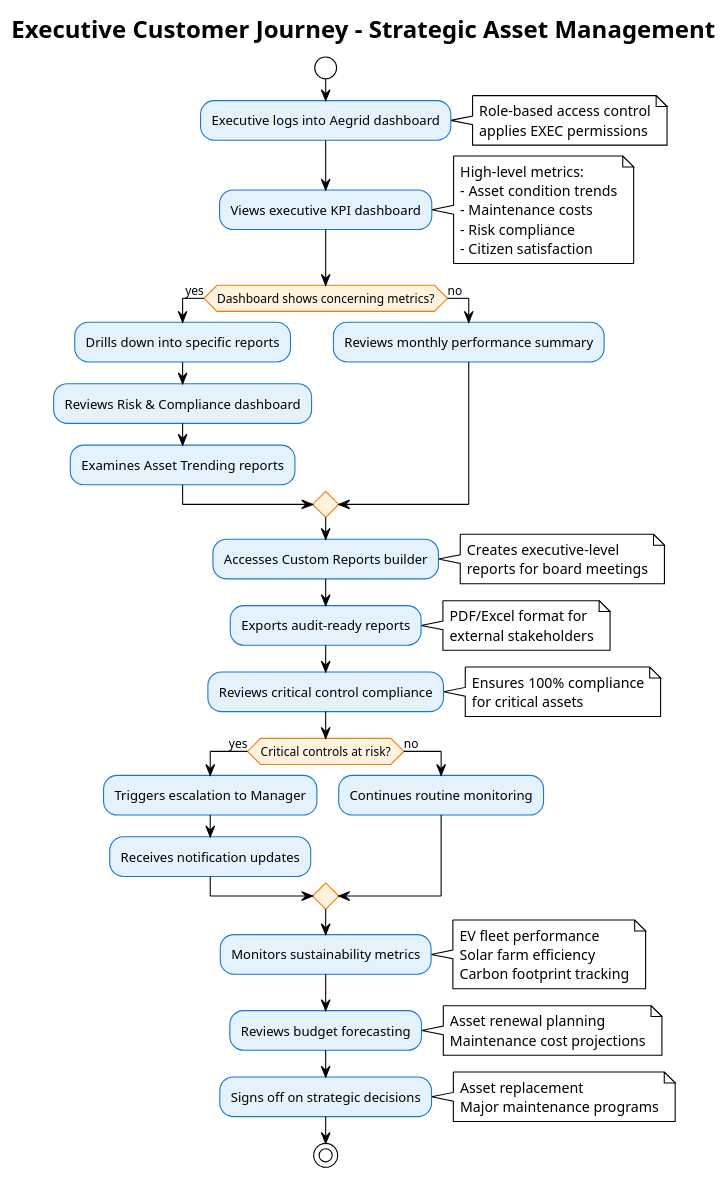
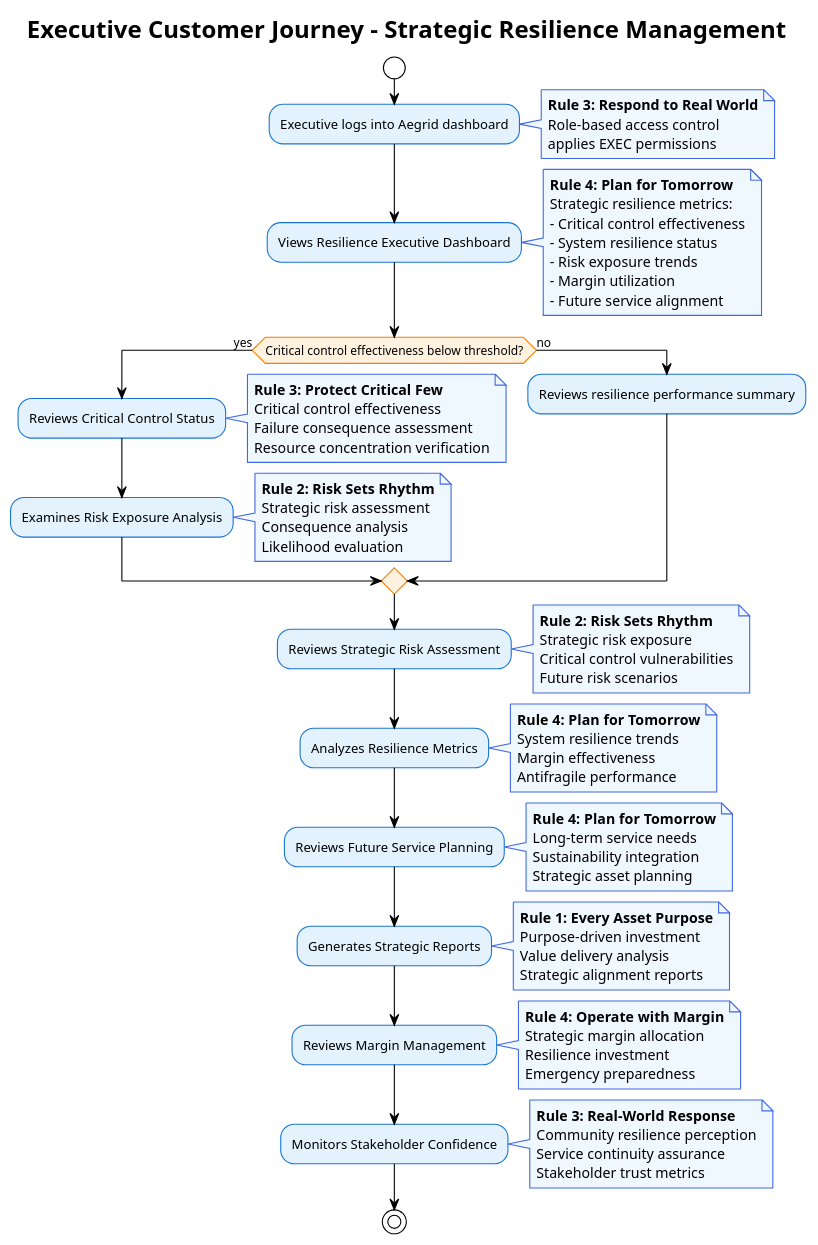
The diagram in docs/architecture/customer-journeys/executive-journey.puml (Duds/CouncilWorks), drawn with PlantUML before and after one commit. The commit also changed 37 other files, not shown here.

First line of the commit message:
feat: enhance customer journeys and fix PlantUML syntax

```diff
--- a/docs/architecture/customer-journeys/executive-journey.puml
+++ b/docs/architecture/customer-journeys/executive-journey.puml
@@ -1,60 +1,59 @@
-@startuml Executive Customer Journey
+@startuml Executive Customer Journey - Strategic Resilience Management
 !theme plain
 skinparam backgroundColor #FFFFFF
 skinparam activity {
   BackgroundColor #E3F2FD
   BorderColor #1976D2
   FontColor #000000
 }
 skinparam activityDiamond {
   BackgroundColor #FFF3E0
   BorderColor #F57C00
   FontColor #000000
 }
+skinparam note {
+  BackgroundColor #F0F8FF
+  BorderColor #4169E1
+  FontColor #000000
+}
 
-title Executive Customer Journey - Strategic Asset Management
+title Executive Customer Journey - Strategic Resilience Management
 
 start
 
 :Executive logs into Aegrid dashboard;
-note right: Role-based access control\napplies EXEC permissions
+note right: **Rule 3: Respond to Real World**\nRole-based access control\napplies EXEC permissions
 
-:Views executive KPI dashboard;
-note right: High-level metrics:\n- Asset condition trends\n- Maintenance costs\n- Risk compliance\n- Citizen satisfaction
+:Views Resilience Executive Dashboard;
+note right: **Rule 4: Plan for Tomorrow**\nStrategic resilience metrics:\n- Critical control effectiveness\n- System resilience status\n- Risk exposure trends\n- Margin utilization\n- Future service alignment
 
-if (Dashboard shows concerning metrics?) then (yes)
-  :Drills down into specific reports;
-  :Reviews Risk & Compliance dashboard;
-  :Examines Asset Trending reports;
+if (Critical control effectiveness below threshold?) then (yes)
+  :Reviews Critical Control Status;
+  note right: **Rule 3: Protect Critical Few**\nCritical control effectiveness\nFailure consequence assessment\nResource concentration verification
+  :Examines Risk Exposure Analysis;
+  note right: **Rule 2: Risk Sets Rhythm**\nStrategic risk assessment\nConsequence analysis\nLikelihood evaluation
 else (no)
-  :Reviews monthly performance summary;
+  :Reviews resilience performance summary;
 endif
 
-:Accesses Custom Reports builder;
-note right: Creates executive-level\nreports for board meetings
+:Reviews Strategic Risk Assessment;
+note right: **Rule 2: Risk Sets Rhythm**\nStrategic risk exposure\nCritical control vulnerabilities\nFuture risk scenarios
 
-:Exports audit-ready reports;
-note right: PDF/Excel format for\nexternal stakeholders
+:Analyzes Resilience Metrics;
+note right: **Rule 4: Plan for Tomorrow**\nSystem resilience trends\nMargin effectiveness\nAntifragile performance
 
-:Reviews critical control compliance;
-note right: Ensures 100% compliance\nfor critical assets
+:Reviews Future Service Planning;
+note right: **Rule 4: Plan for Tomorrow**\nLong-term service needs\nSustainability integration\nStrategic asset planning
 
-if (Critical controls at risk?) then (yes)
-  :Triggers escalation to Manager;
-  :Receives notification updates;
-else (no)
-  :Continues routine monitoring;
-endif
+:Generates Strategic Reports;
+note right: **Rule 1: Every Asset Purpose**\nPurpose-driven investment\nValue delivery analysis\nStrategic alignment reports
 
-:Monitors sustainability metrics;
-note right: EV fleet performance\nSolar farm efficiency\nCarbon footprint tracking
+:Reviews Margin Management;
+note right: **Rule 4: Operate with Margin**\nStrategic margin allocation\nResilience investment\nEmergency preparedness
 
-:Reviews budget forecasting;
-note right: Asset renewal planning\nMaintenance cost projections
-
-:Signs off on strategic decisions;
-note right: Asset replacement\nMajor maintenance programs
+:Monitors Stakeholder Confidence;
+note right: **Rule 3: Real-World Response**\nCommunity resilience perception\nService continuity assurance\nStakeholder trust metrics
 
 stop
 
 @enduml
```
